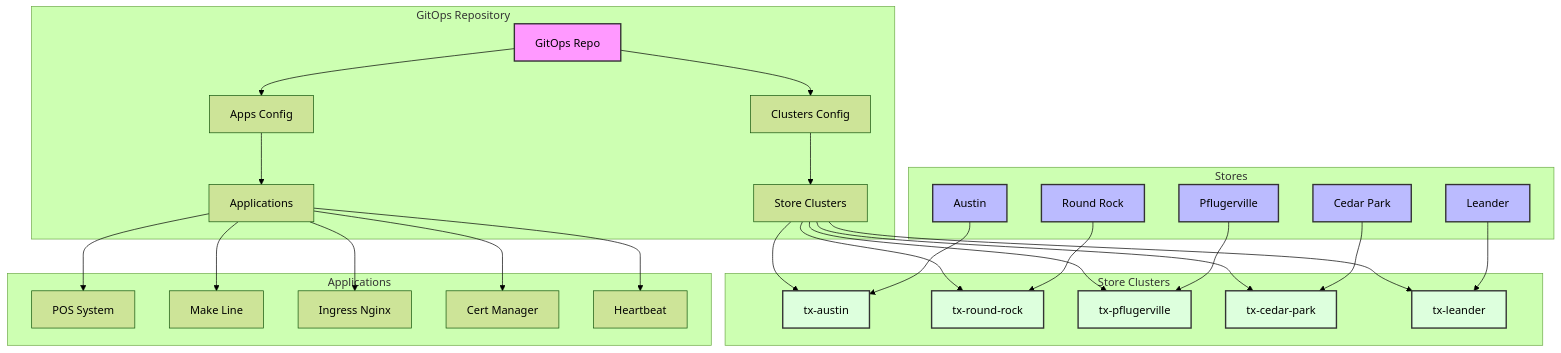
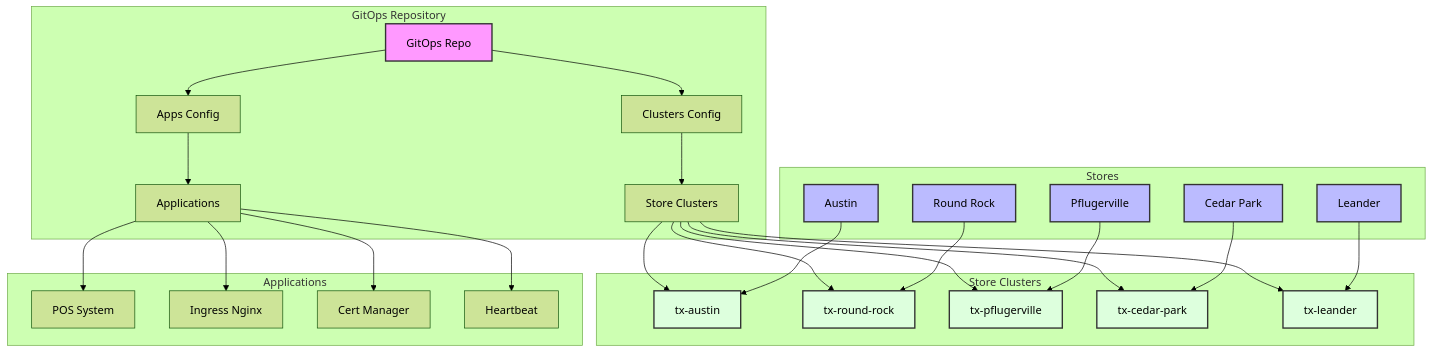
Before and after one commit to bartr/gitopsautomation: the second of 2 diagrams in README.md, drawn with Mermaid (forest theme). The commit also changed other lines of this file and 8 other files, not shown here.

````diff
--- a/README.md
+++ b/README.md
@@ -159,45 +178,44 @@
 ```mermaid
 graph TB
     subgraph "GitOps Repository"
         A[GitOps Repo] --> B[Clusters Config]
         A --> C[Apps Config]
         B --> D[Store Clusters]
         C --> E[Applications]
     end
 
     subgraph "Store Clusters"
         D --> F[tx-austin]
         D --> G[tx-round-rock]
         D --> H[tx-pflugerville]
         D --> I[tx-cedar-park]
         D --> J[tx-leander]
     end
 
     subgraph "Applications"
         E --> K[POS System]
-        E --> L[Make Line]
         E --> M[Ingress Nginx]
         E --> N[Cert Manager]
         E --> O[Heartbeat]
     end
 
     subgraph "Stores"
         P[Austin] --> F
         Q[Round Rock] --> G
         R[Pflugerville] --> H
         S[Cedar Park] --> I
         T[Leander] --> J
     end
 
     style A fill:#f9f,stroke:#333,stroke-width:2px,color:#000
     style F fill:#dfd,stroke:#333,stroke-width:2px,color:#000
     style G fill:#dfd,stroke:#333,stroke-width:2px,color:#000
     style H fill:#dfd,stroke:#333,stroke-width:2px,color:#000
     style I fill:#dfd,stroke:#333,stroke-width:2px,color:#000
     style J fill:#dfd,stroke:#333,stroke-width:2px,color:#000
     style P fill:#bbf,stroke:#333,stroke-width:2px,color:#000
     style Q fill:#bbf,stroke:#333,stroke-width:2px,color:#000
     style R fill:#bbf,stroke:#333,stroke-width:2px,color:#000
     style S fill:#bbf,stroke:#333,stroke-width:2px,color:#000
     style T fill:#bbf,stroke:#333,stroke-width:2px,color:#000
 ```
````
